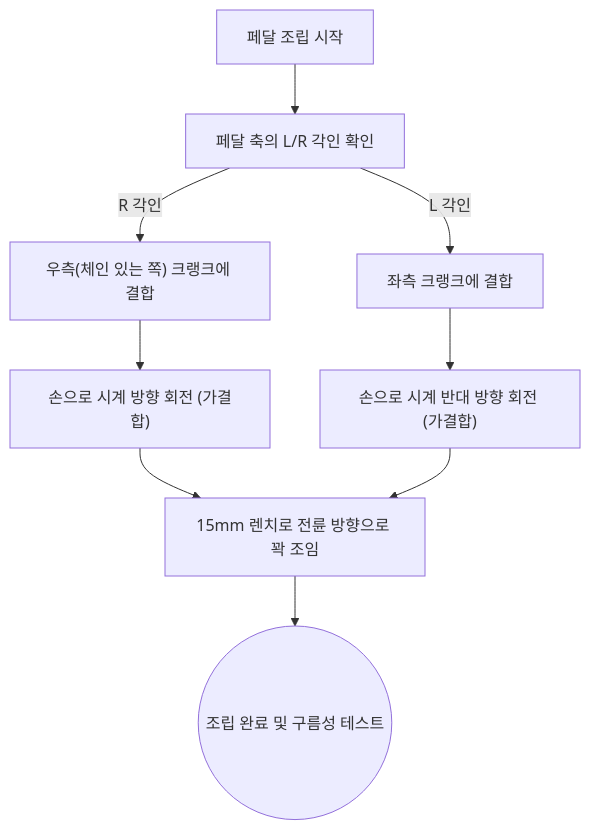
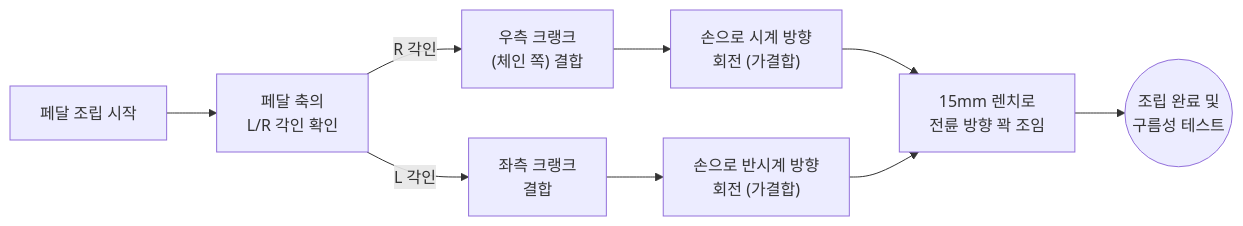
Before and after one commit to Rinology/xtron-manual: the diagram in src/data/markdown/basic/pedal.md, drawn with Mermaid. The commit also changed other lines of this file and 2 other files, not shown here.

Commit message:
페달 설명서 mermaid 변경

````diff
--- a/src/data/markdown/basic/pedal.md
+++ b/src/data/markdown/basic/pedal.md
@@ -77,18 +82,18 @@
 ```mermaid
-graph TD
+graph LR
     Start["페달 조립 시작"]
-    CheckLR["페달 축의 L/R 각인 확인"]
+    CheckLR["페달 축의<br>L/R 각인 확인"]
     
     Start --> CheckLR
     
-    CheckLR -- "R 각인" --> Right["우측(체인 있는 쪽) 크랭크에 결합"]
-    CheckLR -- "L 각인" --> Left["좌측 크랭크에 결합"]
+    CheckLR -- "R 각인" --> Right["우측 크랭크<br>(체인 쪽) 결합"]
+    CheckLR -- "L 각인" --> Left["좌측 크랭크<br>결합"]
     
-    Right --> RightTurn["손으로 시계 방향 회전 (가결합)"]
-    Left --> LeftTurn["손으로 시계 반대 방향 회전 (가결합)"]
+    Right --> RightTurn["손으로 시계 방향<br>회전 (가결합)"]
+    Left --> LeftTurn["손으로 반시계 방향<br>회전 (가결합)"]
     
-    RightTurn --> Wrench["15mm 렌치로 전륜 방향으로 꽉 조임"]
+    RightTurn --> Wrench["15mm 렌치로<br>전륜 방향 꽉 조임"]
     LeftTurn --> Wrench
     
-    Wrench --> Done(("조립 완료 및 구름성 테스트"))
+    Wrench --> Done(("조립 완료 및<br>구름성 테스트"))
 ```
````
